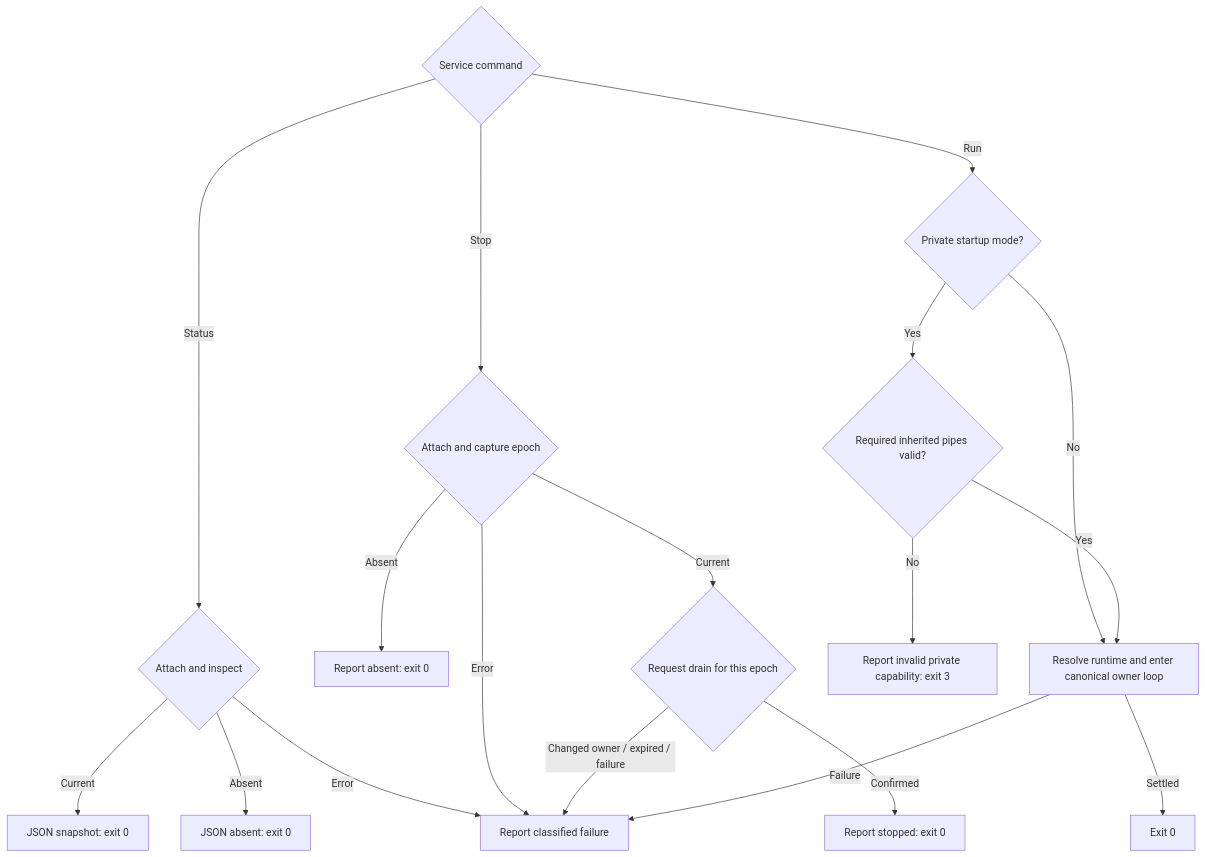
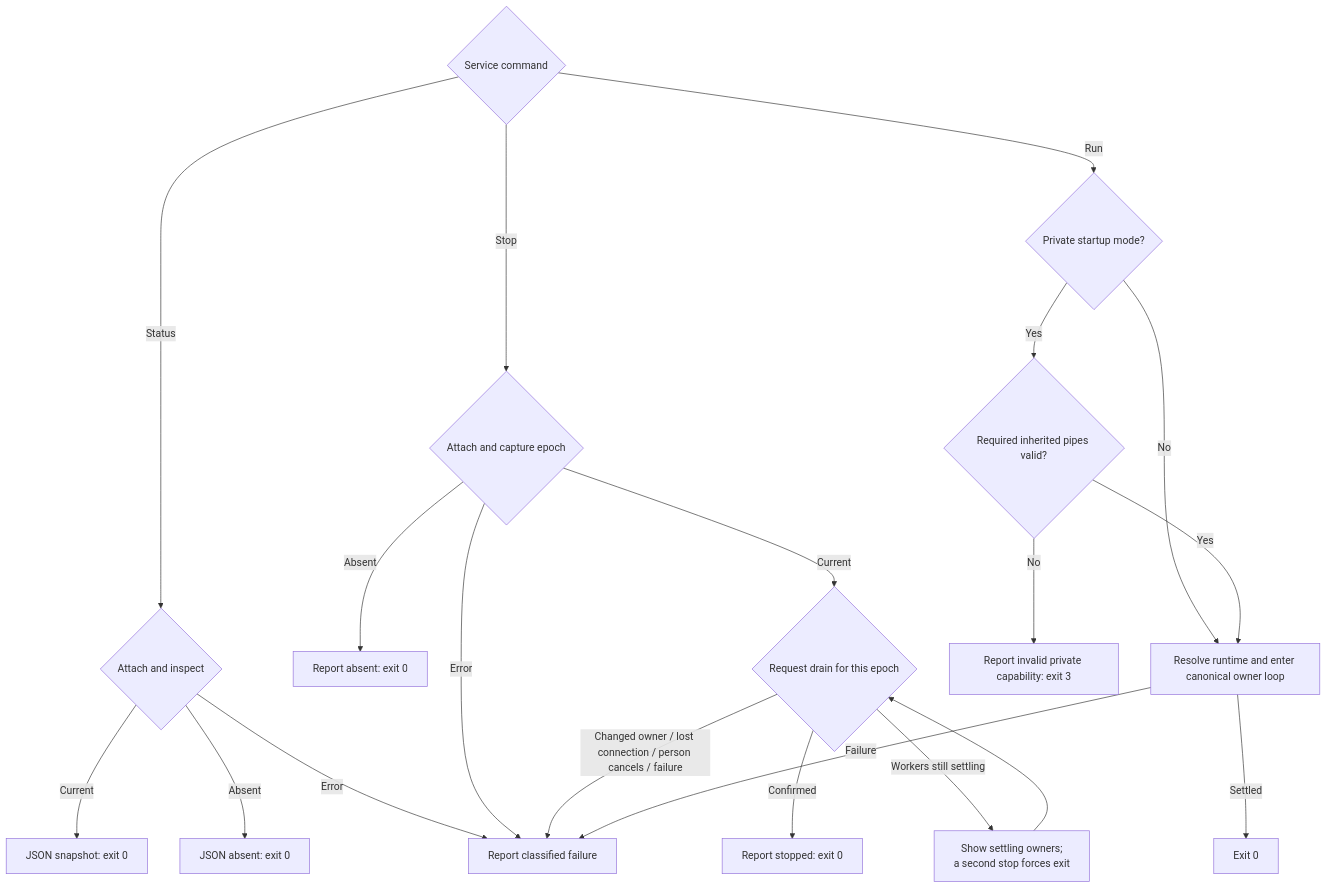
One commit to pidster/asura changed the third of 18 diagrams in docs/designs/command-flows.md. Above: the diagram before and after it, drawn with Mermaid. The commit also changed other lines of this file and 39 other files, not shown here.

````diff
--- a/docs/designs/command-flows.md
+++ b/docs/designs/command-flows.md
@@ -77,20 +77,22 @@
 ```mermaid
 flowchart TD
     Command{"Service command"} -->|Status| Read{"Attach and inspect"}
     Read -->|Current| Snapshot["JSON snapshot: exit 0"]
     Read -->|Absent| Absent["JSON absent: exit 0"]
     Read -->|Error| Failure["Report classified failure"]
     Command -->|Stop| Target{"Attach and capture epoch"}
     Target -->|Absent| Gone["Report absent: exit 0"]
     Target -->|Error| Failure
     Target -->|Current| Drain{"Request drain for this epoch"}
     Drain -->|Confirmed| Stopped["Report stopped: exit 0"]
-    Drain -->|"Changed owner / expired / failure"| Failure
+    Drain -->|"Workers still settling"| Progress["Show settling owners;<br/>a second stop forces exit"]
+    Progress --> Drain
+    Drain -->|"Changed owner / lost connection / person cancels / failure"| Failure
     Command -->|Run| Mode{"Private startup mode?"}
     Mode -->|No| Owner
     Mode -->|Yes| Private{"Required inherited pipes valid?"}
     Private -->|No| Invalid["Report invalid private capability: exit 3"]
     Private -->|Yes| Owner["Resolve runtime and enter canonical owner loop"]
     Owner -->|Settled| Done["Exit 0"]
     Owner -->|Failure| Failure
 ```
````
